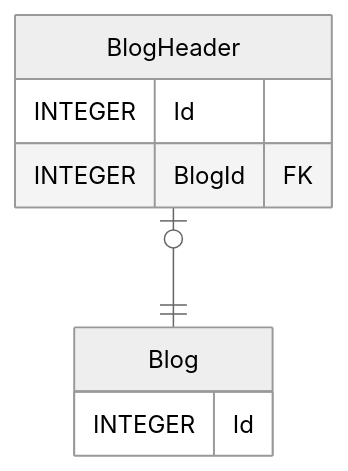
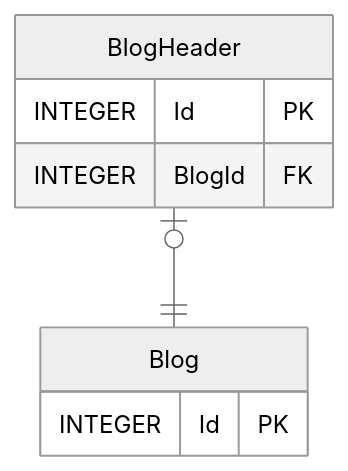
The diagram in examples/EFCore/Relationships/OneToOne_01/ERD.md (hhko/ArchDdd), drawn with Mermaid before and after one commit. The commit also changed 10 other files, not shown here.

Commit message:
refactor: ERD 업데이트

````diff
--- a/examples/EFCore/Relationships/OneToOne_01/ERD.md
+++ b/examples/EFCore/Relationships/OneToOne_01/ERD.md
@@ -2,12 +2,12 @@
 ```mermaid
 	%%{init: {'theme':'neutral'}}%%
 	erDiagram
 	Blog {
-		INTEGER Id 
+		INTEGER Id PK
 	}
 	BlogHeader {
-		INTEGER Id 
+		INTEGER Id PK
 		INTEGER BlogId FK
 	}
 BlogHeader|o--||Blog : ""
 ```
````
